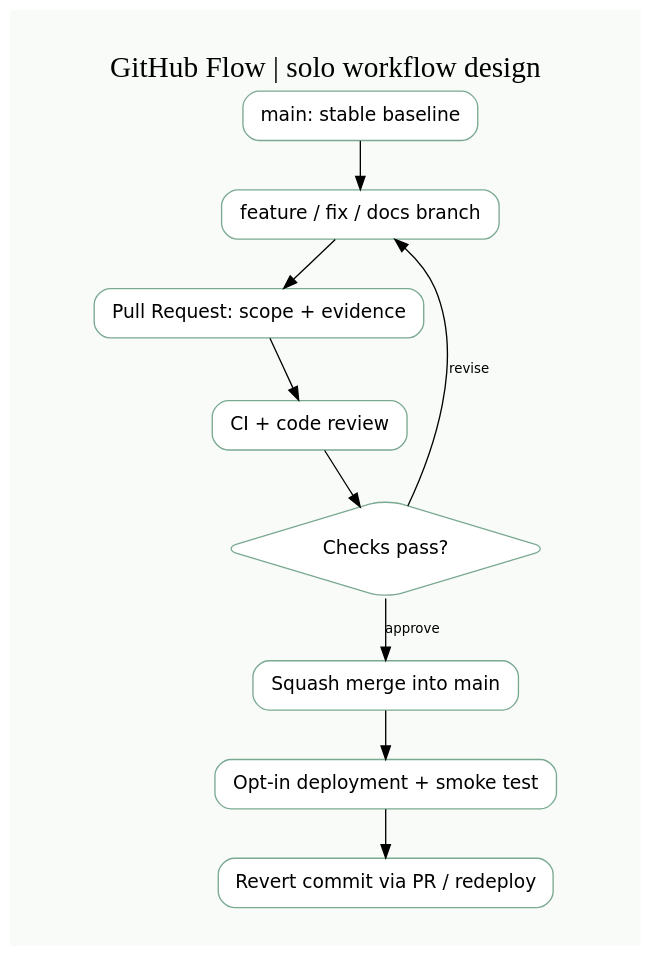
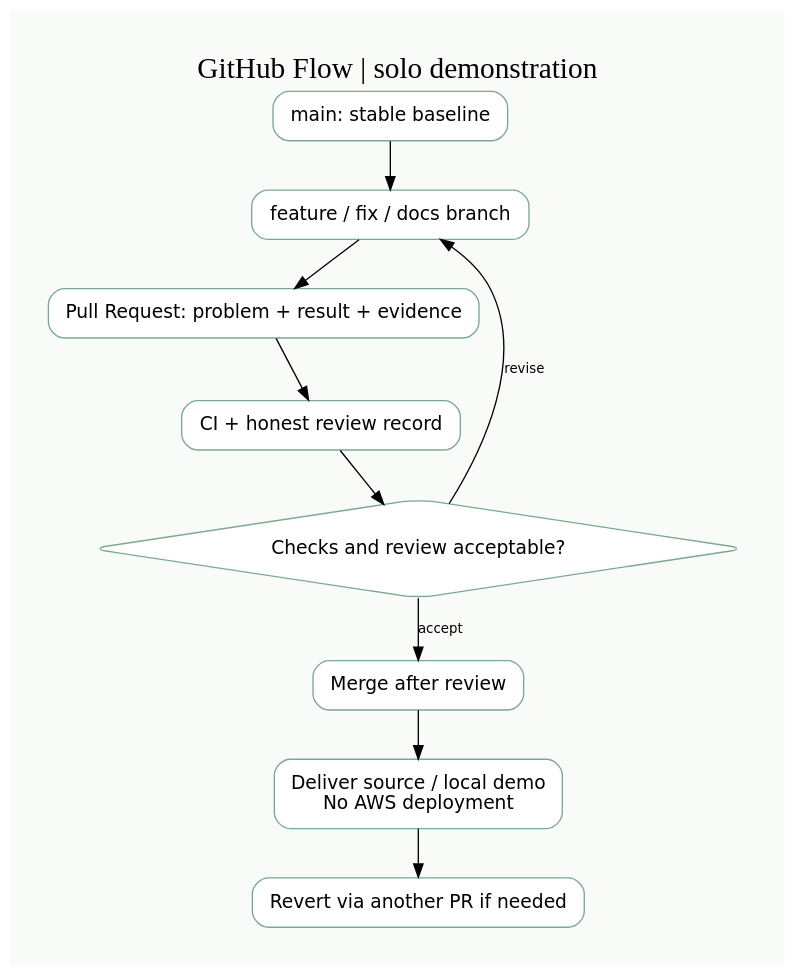
Before and after one commit to EricYang938/cathay-cloud-backend-assessment: the diagram in docs/git-workflow.dot, drawn with Graphviz. The commit also changed 31 other files, not shown here.

Commit message:
fix: complete local assessment workflow without AWS deployment

```diff
--- a/docs/git-workflow.dot
+++ b/docs/git-workflow.dot
@@ -1,21 +1,19 @@
 digraph G {
-      graph [rankdir=TB, bgcolor="#f8fbf8", pad="0.4",
-             label="GitHub Flow | solo workflow design",
-             labelloc=t, fontsize=22];
-      node [shape=box, style="rounded,filled", fillcolor=white, color="#7aa991",
-            fontname="DejaVu Sans",
-            margin="0.2,0.15"];
-      edge [fontname="DejaVu Sans", fontsize=10];
+      graph [rankdir=TB,bgcolor="#f8fbf8",pad="0.4",fontsize=22,
+             label="GitHub Flow | solo demonstration",labelloc=t];
+      node [shape=box,style="rounded,filled",fillcolor=white,color="#7aa991",
+            fontname="DejaVu Sans",margin="0.2,0.15"];
+      edge [fontname="DejaVu Sans",fontsize=10];
       main [label="main: stable baseline"];
-      feature [label="feature / fix / docs branch"];
-      pr [label="Pull Request: scope + evidence"];
-      ci [label="CI + code review"];
-      decision [shape=diamond,label="Checks pass?"];
-      merge [label="Squash merge into main"];
-      deploy [label="Opt-in deployment + smoke test"];
-      rollback [label="Revert commit via PR / redeploy"];
-      main -> feature -> pr -> ci -> decision;
-      decision -> feature [label="revise"];
-      decision -> merge [label="approve"];
-      merge -> deploy -> rollback;
+      branch [label="feature / fix / docs branch"];
+      pr [label="Pull Request: problem + result + evidence"];
+      checks [label="CI + honest review record"];
+      decision [shape=diamond,label="Checks and review acceptable?"];
+      merge [label="Merge after review"];
+      deliver [label="Deliver source / local demo\nNo AWS deployment"];
+      revert [label="Revert via another PR if needed"];
+      main -> branch -> pr -> checks -> decision;
+      decision -> branch [label="revise"];
+      decision -> merge [label="accept"];
+      merge -> deliver -> revert;
     }
```
